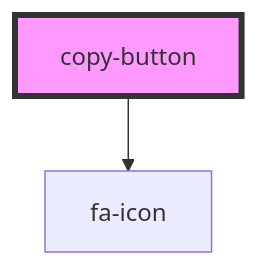
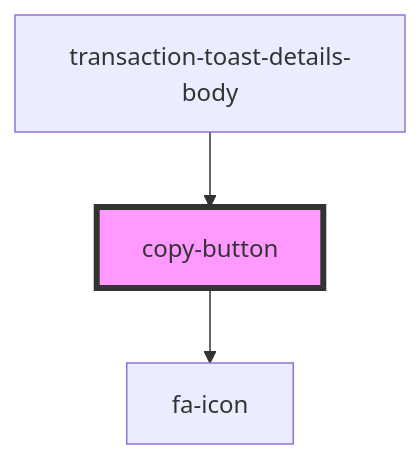
The diagram in src/components/copy-button/readme.md (multiversx/mx-sdk-dapp-ui), drawn with Mermaid before and after one commit. The commit also changed other lines of this file and 13 other files, not shown here.

````diff
--- a/src/components/copy-button/readme.md
+++ b/src/components/copy-button/readme.md
@@ -25,5 +29,6 @@
 ```mermaid
 graph TD;
   copy-button --> fa-icon
+  transaction-toast-details-body --> copy-button
   style copy-button fill:#f9f,stroke:#333,stroke-width:4px
 ```
````
